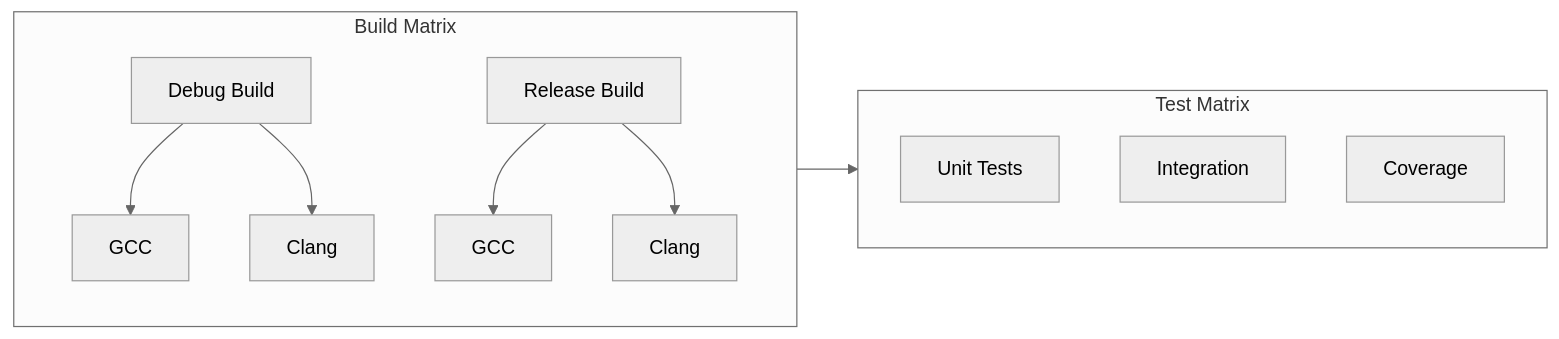
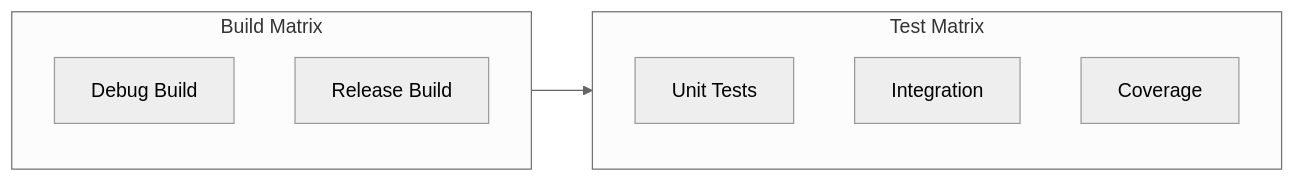
The second of 3 diagrams in docs/ci-cd/parallel-execution.md (jlheater/test-project-123456), drawn with Mermaid (neutral theme) before and after one commit. The commit also changed other lines of this file and 11 other files, not shown here.

````diff
--- a/docs/ci-cd/parallel-execution.md
+++ b/docs/ci-cd/parallel-execution.md
@@ -73,19 +85,17 @@
 ```mermaid
 flowchart LR
     subgraph Matrix["Build Matrix"]
         direction TB
-        Debug["Debug Build"] --> GCC1["GCC"]
-        Debug --> Clang1["Clang"]
-        Release["Release Build"] --> GCC2["GCC"]
-        Release --> Clang2["Clang"]
+        Debug["Debug Build"]
+        Release["Release Build"]
     end
     
     subgraph Tests["Test Matrix"]
         direction TB
         Unit["Unit Tests"]
         Integration["Integration"]
         Coverage["Coverage"]
     end
     
     Matrix --> Tests
 ```
````
